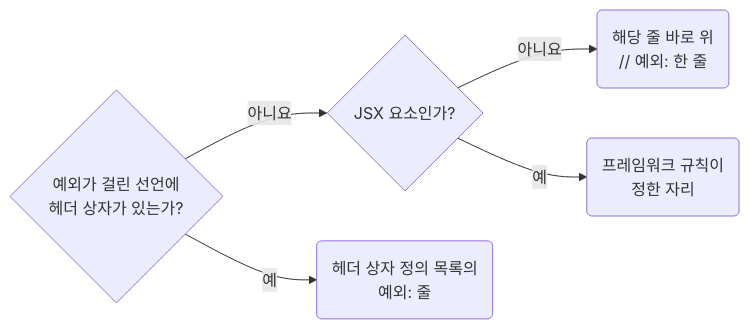
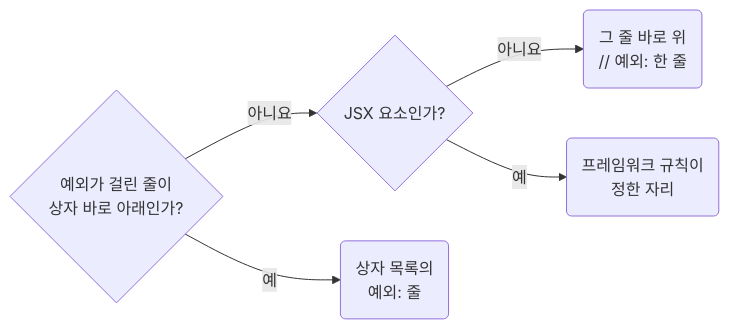
One commit to nomeehej/agent-conventions changed the diagram in skill/typescript/contracts/docs-justify-convention-exceptions-with-a-reason-comment.md. Above: the diagram before and after it, drawn with Mermaid. The commit also changed other lines of this file and 109 other files, not shown here.

````diff
--- a/skill/typescript/contracts/docs-justify-convention-exceptions-with-a-reason-comment.md
+++ b/skill/typescript/contracts/docs-justify-convention-exceptions-with-a-reason-comment.md
@@ -21,6 +21,6 @@
 ```mermaid
 flowchart LR
-	q1{"예외가 걸린 선언에<br>헤더 상자가 있는가?"} -- 아니요 --> q2{"JSX 요소인가?"} -- 아니요 --> r3("해당 줄 바로 위<br>// 예외: 한 줄")
-	q1 -- 예 --> r1("헤더 상자 정의 목록의<br>예외: 줄")
+	q1{"예외가 걸린 줄이<br>상자 바로 아래인가?"} -- 아니요 --> q2{"JSX 요소인가?"} -- 아니요 --> r3("그 줄 바로 위<br>// 예외: 한 줄")
+	q1 -- 예 --> r1("상자 목록의<br>예외: 줄")
 	q2 -- 예 --> r2("프레임워크 규칙이<br>정한 자리")
 ```
````
